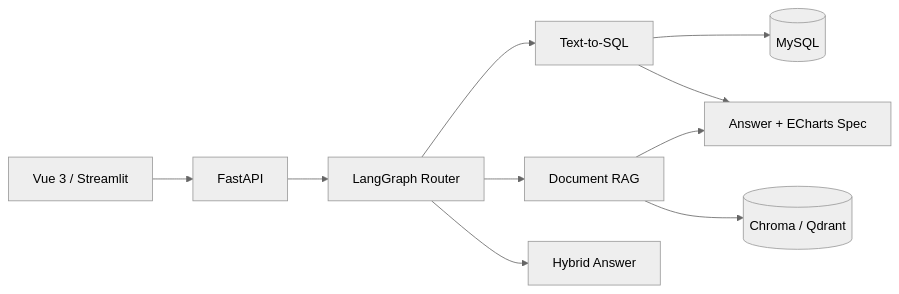
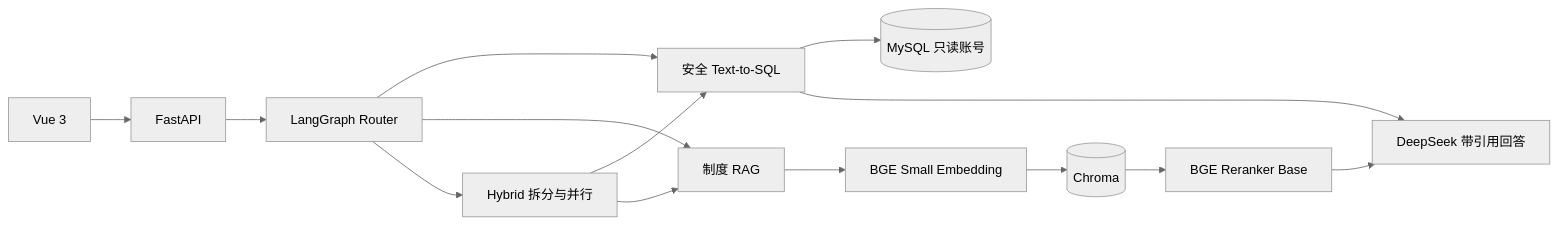
The diagram in README.md (xxxjiejiejie/retail-insight-agent), drawn with Mermaid (neutral theme) before and after one commit. The commit also changed other lines of this file and 23 other files, not shown here.

````diff
--- a/README.md
+++ b/README.md
@@ -41,12 +41,16 @@
 ```mermaid
 flowchart LR
-    Vue["Vue 3 / Streamlit"] --> API["FastAPI"]
+    Vue["Vue 3"] --> API["FastAPI"]
     API --> Graph["LangGraph Router"]
-    Graph --> SQL["Text-to-SQL"]
-    Graph --> RAG["Document RAG"]
-    Graph --> Hybrid["Hybrid Answer"]
-    SQL --> MySQL[(MySQL)]
-    RAG --> Vector[(Chroma / Qdrant)]
-    SQL --> Answer["Answer + ECharts Spec"]
-    RAG --> Answer
+    Graph --> SQL["安全 Text-to-SQL"]
+    Graph --> RAG["制度 RAG"]
+    Graph --> Hybrid["Hybrid 拆分与并行"]
+    SQL --> MySQL[("MySQL 只读账号")]
+    RAG --> Embed["BGE Small Embedding"]
+    Embed --> Chroma[("Chroma")]
+    Chroma --> Reranker["BGE Reranker Base"]
+    Reranker --> Answer["DeepSeek 带引用回答"]
+    SQL --> Answer
+    Hybrid --> SQL
+    Hybrid --> RAG
 ```
````
